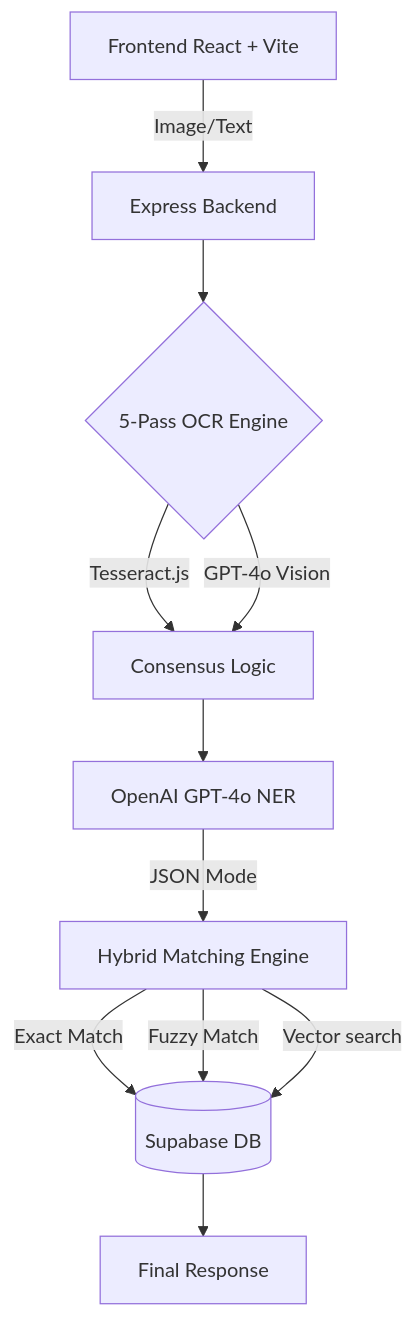
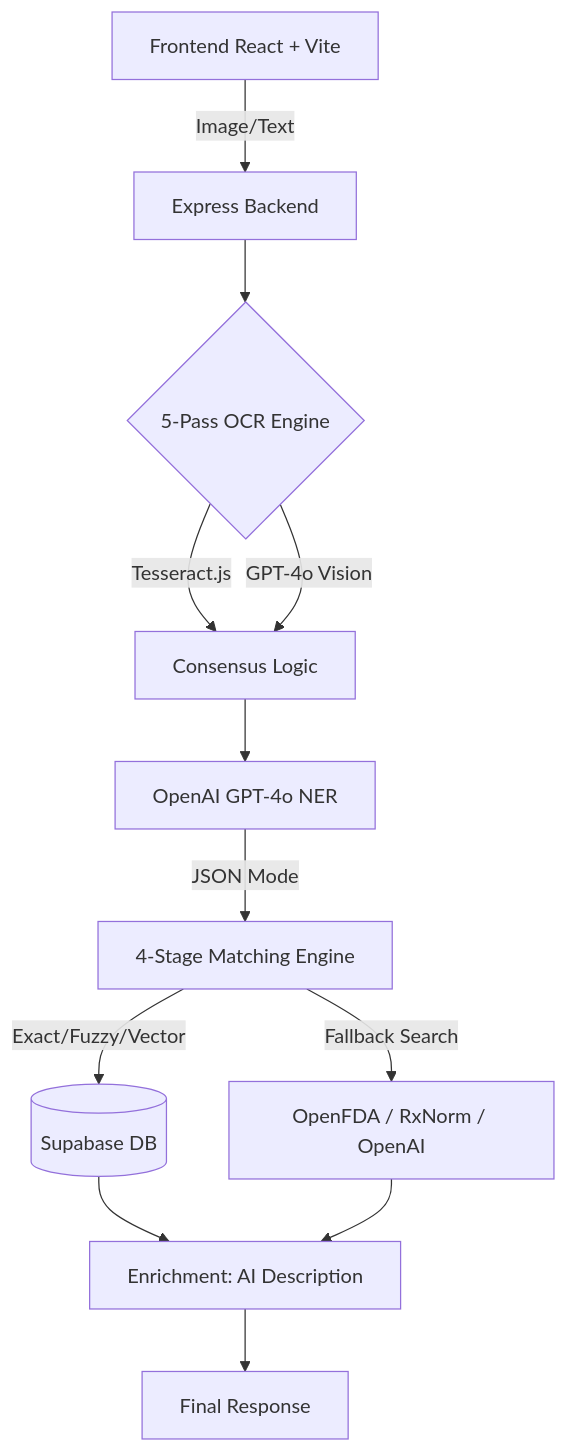
Before and after one commit to VEERESH1219/medmap-ai: the diagram in README.md, drawn with Mermaid. The commit also changed other lines of this file, not shown here.

````diff
--- a/README.md
+++ b/README.md
@@ -25,13 +26,14 @@
 ```mermaid
 graph TD
     A[Frontend React + Vite] -->|Image/Text| B[Express Backend]
     B --> C{5-Pass OCR Engine}
     C -->|Tesseract.js| D[Consensus Logic]
     C -->|GPT-4o Vision| D
     D --> E[OpenAI GPT-4o NER]
-    E -->|JSON Mode| F[Hybrid Matching Engine]
-    F -->|Exact Match| G[(Supabase DB)]
-    F -->|Fuzzy Match| G
-    F -->|Vector search| G
-    G --> H[Final Response]
+    E -->|JSON Mode| F[4-Stage Matching Engine]
+    F -->|Exact/Fuzzy/Vector| G[(Supabase DB)]
+    F -->|Fallback Search| H[OpenFDA / RxNorm / OpenAI]
+    G --> I[Enrichment: AI Description]
+    H --> I
+    I --> J[Final Response]
 ```
````
